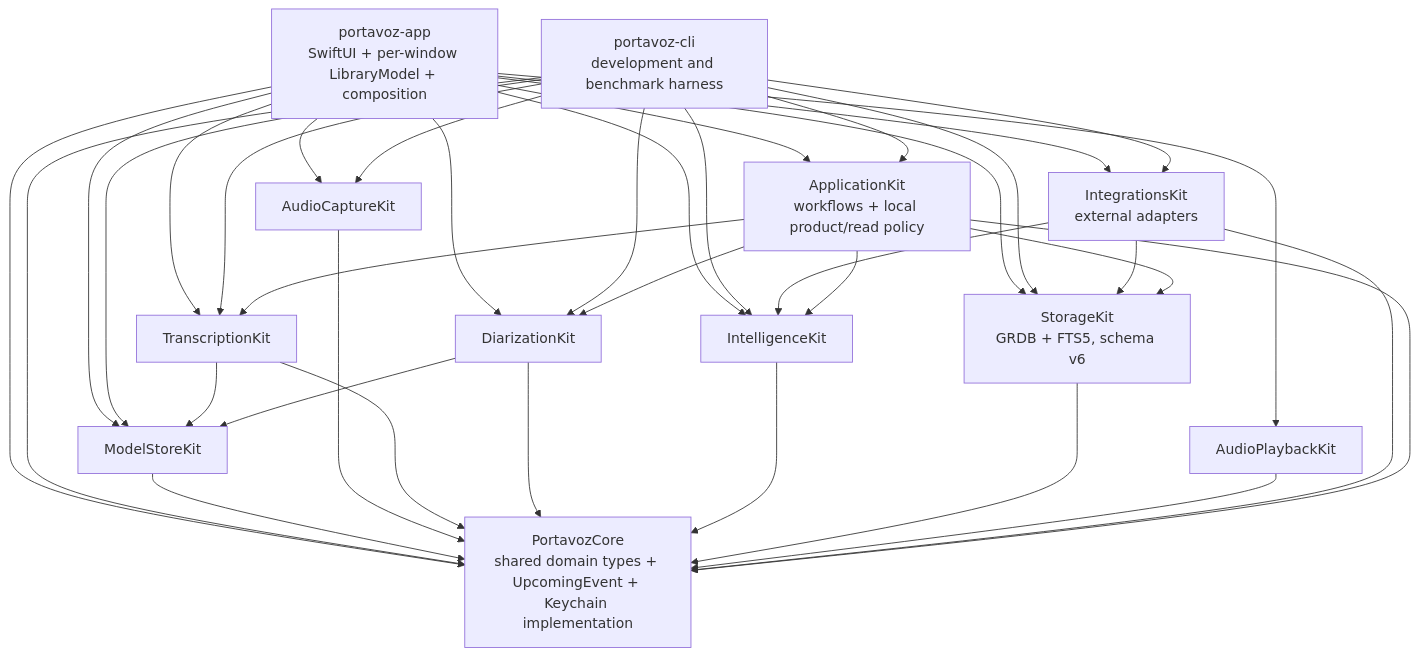
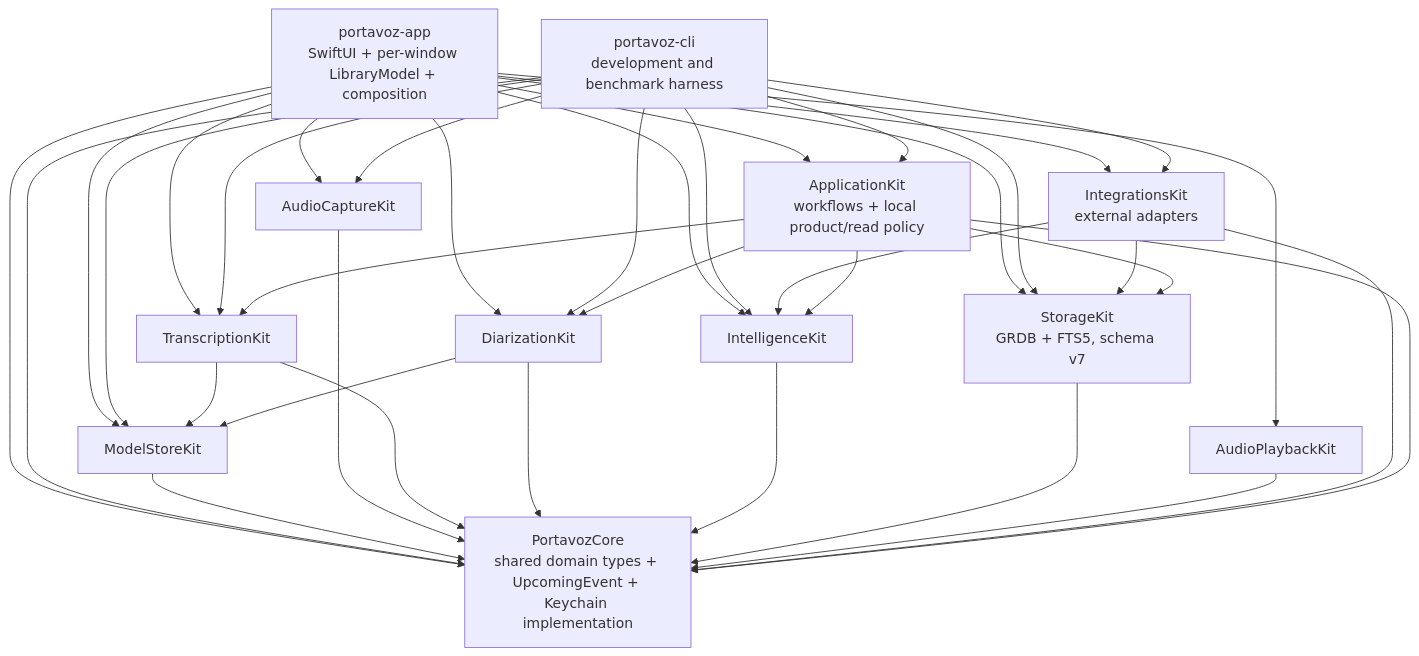
One commit to johnny4young/portavoz changed the first of 3 diagrams in docs/refactor-20260714.md. Above: the diagram before and after it, drawn with Mermaid. The commit also changed other lines of this file and 48 other files, not shown here.

````diff
--- a/docs/refactor-20260714.md
+++ b/docs/refactor-20260714.md
@@ -104,52 +105,52 @@
 ```mermaid
 flowchart TB
     APP["portavoz-app\nSwiftUI + per-window LibraryModel + composition"]
     CLI["portavoz-cli\ndevelopment and benchmark harness"]
     APPLICATION["ApplicationKit\nworkflows + local product/read policy"]
     CORE["PortavozCore\nshared domain types + UpcomingEvent + Keychain implementation"]
     MODEL["ModelStoreKit"]
     CAPTURE["AudioCaptureKit"]
     STT["TranscriptionKit"]
     DIAR["DiarizationKit"]
     INTEL["IntelligenceKit"]
-    STORE["StorageKit\nGRDB + FTS5, schema v6"]
+    STORE["StorageKit\nGRDB + FTS5, schema v7"]
     PLAYBACK["AudioPlaybackKit"]
     INTEGRATIONS["IntegrationsKit\nexternal adapters"]
 
     APP --> CORE
     APP --> APPLICATION
     APP --> MODEL
     APP --> CAPTURE
     APP --> STT
     APP --> DIAR
     APP --> INTEL
     APP --> STORE
     APP --> PLAYBACK
     APP --> INTEGRATIONS
     CLI --> CORE
     CLI --> APPLICATION
     CLI --> MODEL
     CLI --> CAPTURE
     CLI --> STT
     CLI --> DIAR
     CLI --> INTEL
     CLI --> STORE
     CLI --> INTEGRATIONS
     MODEL --> CORE
     CAPTURE --> CORE
     STT --> CORE
     STT --> MODEL
     DIAR --> CORE
     DIAR --> MODEL
     INTEL --> CORE
     STORE --> CORE
     PLAYBACK --> CORE
     INTEGRATIONS --> CORE
     INTEGRATIONS --> INTEL
     INTEGRATIONS --> STORE
     APPLICATION --> CORE
     APPLICATION --> STT
     APPLICATION --> DIAR
     APPLICATION --> INTEL
     APPLICATION --> STORE
 ```
````
